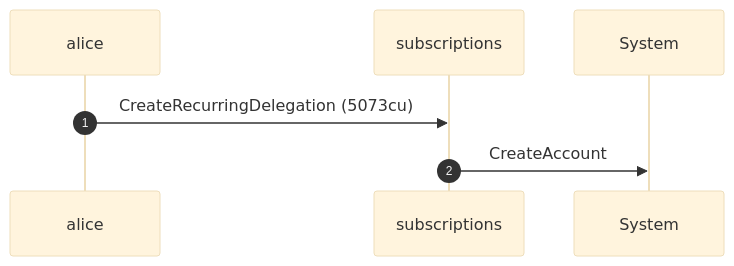
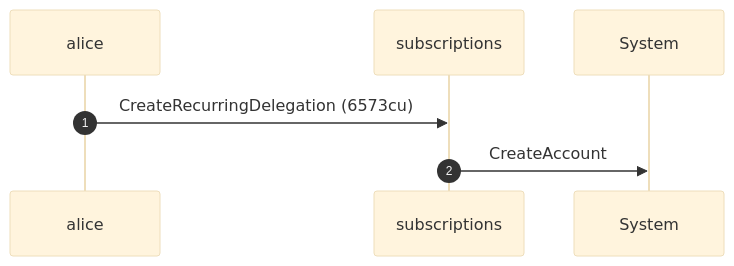
One commit to cds-rs/subscriptions changed the fifth of 12 diagrams in dsl_tests/revoke-a-recurring-delegation.md. Above: the diagram before and after it, drawn with Mermaid (base theme). The commit also changed other lines of this file and 224 other files, not shown here.

````diff
--- a/dsl_tests/revoke-a-recurring-delegation.md
+++ b/dsl_tests/revoke-a-recurring-delegation.md
@@ -104,9 +110,9 @@
 ```mermaid
 sequenceDiagram
     autonumber
     participant alice
     participant subscriptions
     participant System
-    alice ->> subscriptions: CreateRecurringDelegation (5073cu)
+    alice ->> subscriptions: CreateRecurringDelegation (6573cu)
     subscriptions ->> System: CreateAccount
 ```
````
